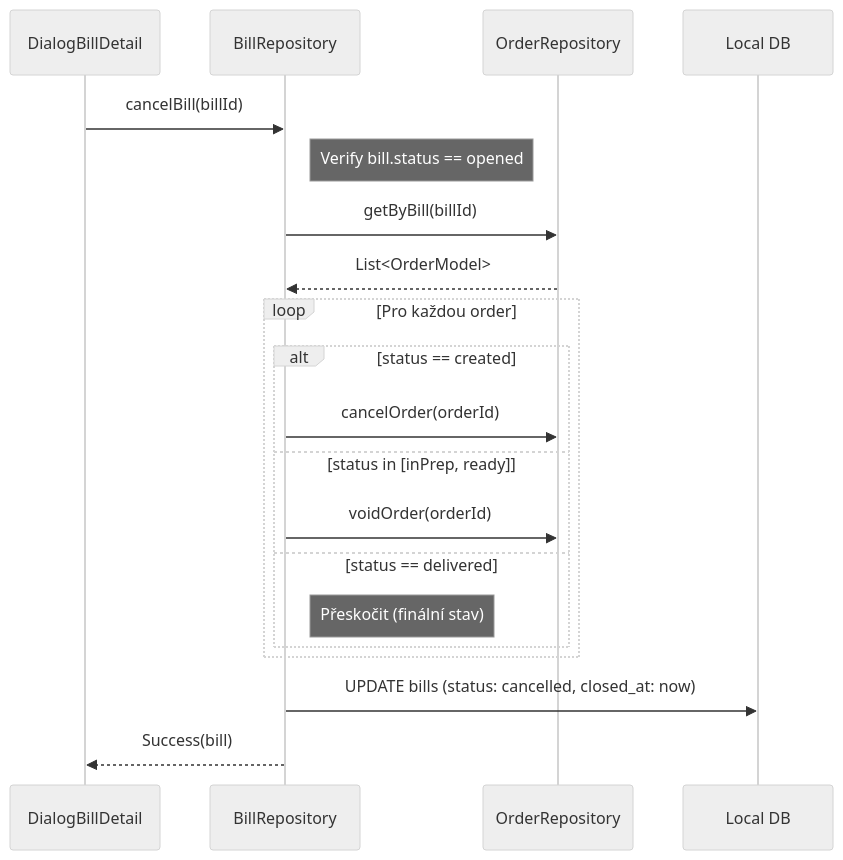
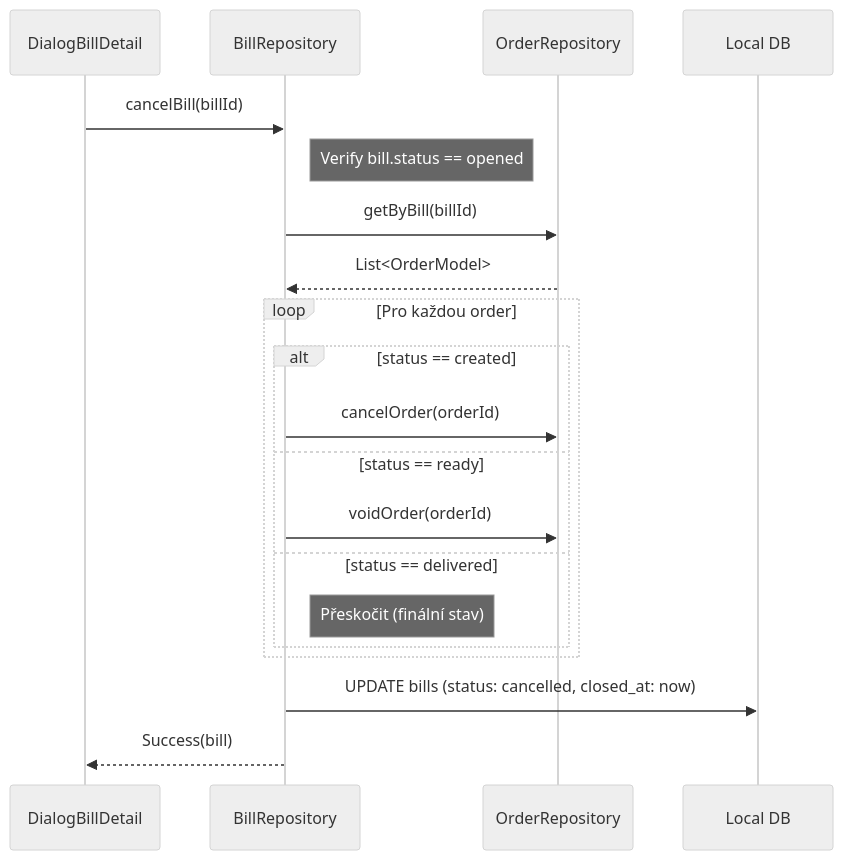
The tenth of 12 diagrams in PROJECT.md (Tomakas/deskpos), drawn with Mermaid (neutral theme) before and after one commit. The commit also changed other lines of this file and 31 other files, not shown here.

````diff
--- a/PROJECT.md
+++ b/PROJECT.md
@@ -1694,26 +1710,26 @@
 ```mermaid
 sequenceDiagram
     participant UI as DialogBillDetail
     participant BR as BillRepository
     participant OR as OrderRepository
     participant DB as Local DB
 
     UI->>BR: cancelBill(billId)
     Note right of BR: Verify bill.status == opened
 
     BR->>OR: getByBill(billId)
     OR-->>BR: List<OrderModel>
 
     loop Pro každou order
         alt status == created
             BR->>OR: cancelOrder(orderId)
-        else status in [inPrep, ready]
+        else status == ready
             BR->>OR: voidOrder(orderId)
         else status == delivered
             Note right of BR: Přeskočit (finální stav)
         end
     end
 
     BR->>DB: UPDATE bills (status: cancelled, closed_at: now)
     BR-->>UI: Success(bill)
 ```
````
